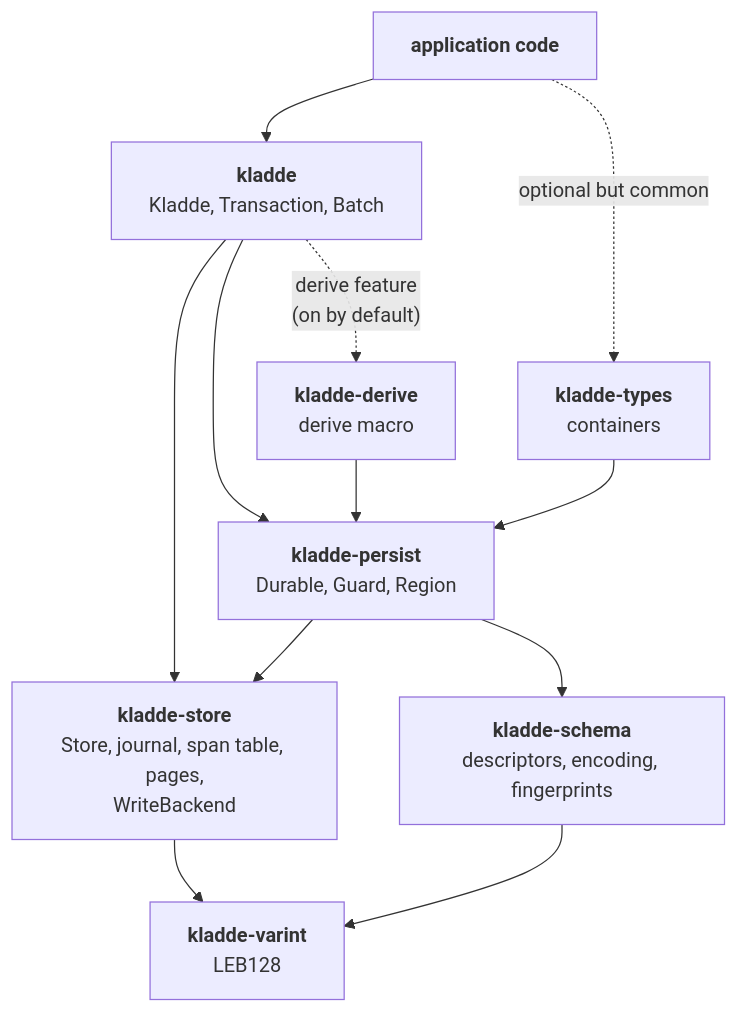
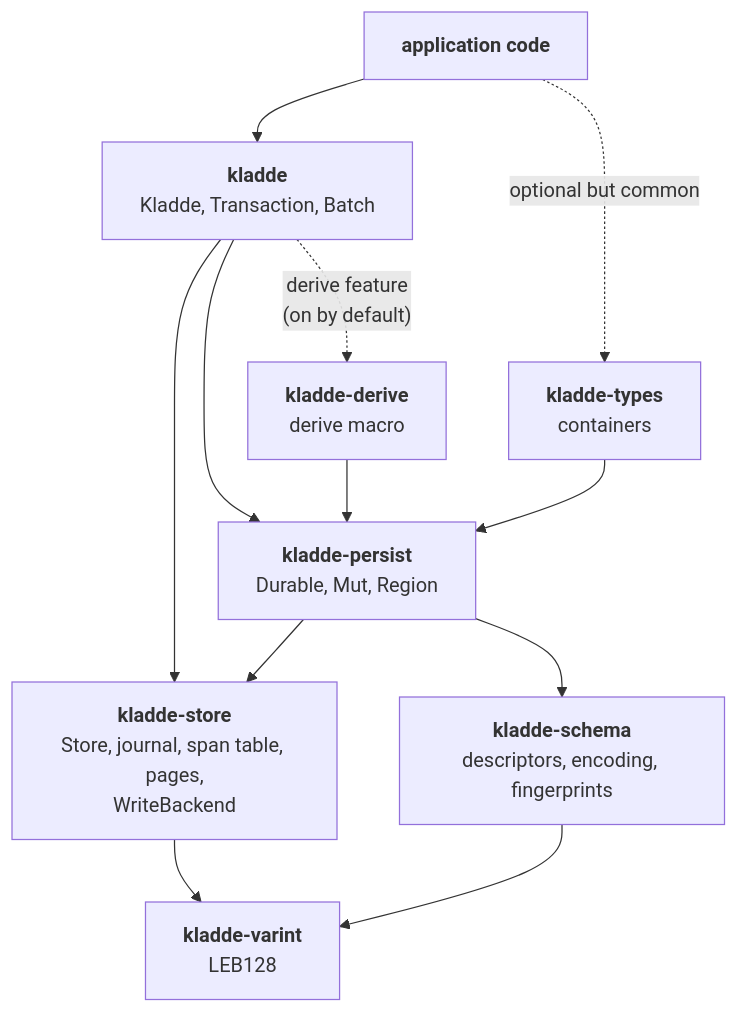
One commit to kladde-dev/kladde-docs changed the diagram in content/rust/crates.md. Above: the diagram before and after it, drawn with Mermaid. The commit also changed other lines of this file and 18 other files, not shown here.

````diff
--- a/content/rust/crates.md
+++ b/content/rust/crates.md
@@ -23,22 +23,22 @@
 ```mermaid
 graph TD
   APP["<strong>application code</strong>"]
   K["<strong>kladde</strong><br/>Kladde, Transaction, Batch"]
   T["<strong>kladde-types</strong><br/>containers"]
   D["<strong>kladde-derive</strong><br/>derive macro"]
-  P["<strong>kladde-persist</strong><br/>Durable, Guard, Region"]
+  P["<strong>kladde-persist</strong><br/>Durable, Mut, Region"]
   S["<strong>kladde-schema</strong><br/>descriptors, encoding, fingerprints"]
   V["<strong>kladde-varint</strong><br/>LEB128"]
   H["<strong>kladde-store</strong><br/>Store, journal, span table, pages,<br/>WriteBackend"]
   APP --> K
   APP -. optional but common .-> T
   K --> H
   K --> P
   K -. "derive" feature<br/>(on by default) .-> D
   T --> P
   D --> P
   P --> H
   P --> S
   S --> V
   H --> V
 ```
````
